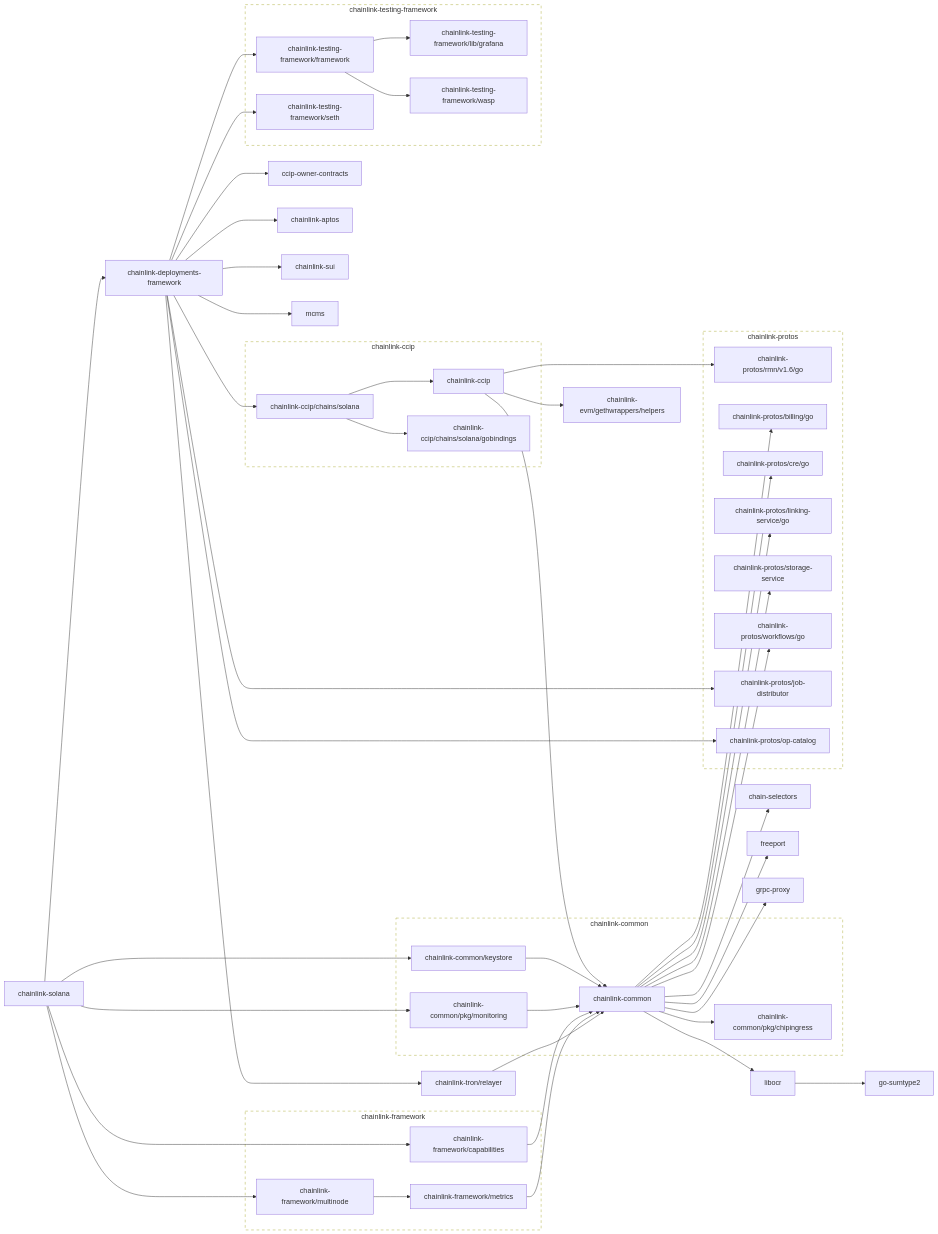
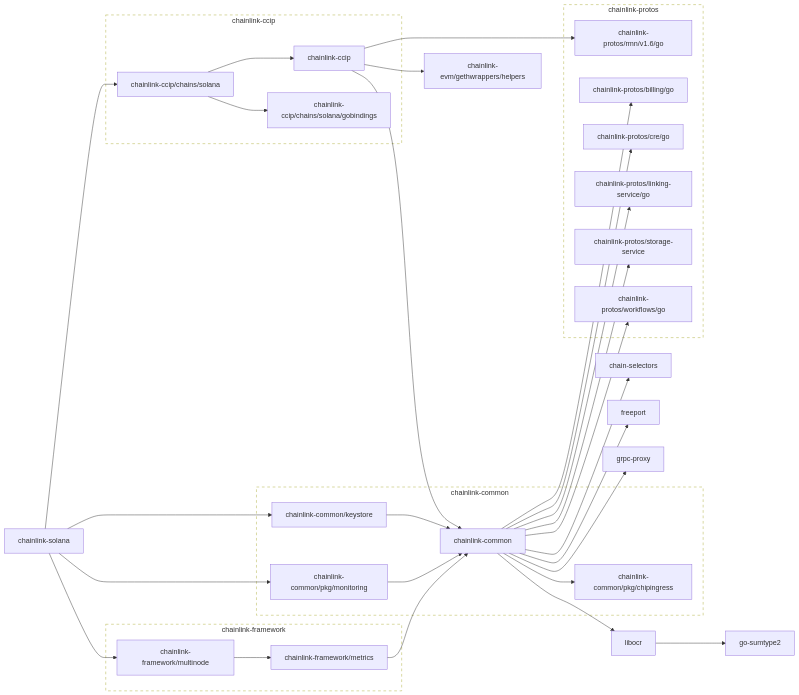
The first of 2 diagrams in go.md (smartcontractkit/chainlink-solana), drawn with Mermaid before and after one commit. The commit also changed other lines of this file and 5 other files, not shown here.

````diff
--- a/go.md
+++ b/go.md
@@ -3,12 +3,8 @@
 ```mermaid
 flowchart LR
 
-	ccip-owner-contracts
-	click ccip-owner-contracts href "https://github.com/smartcontractkit/ccip-owner-contracts"
 	chain-selectors
 	click chain-selectors href "https://github.com/smartcontractkit/chain-selectors"
-	chainlink-aptos
-	click chainlink-aptos href "https://github.com/smartcontractkit/chainlink-aptos"
 	chainlink-ccip --> chainlink-common
 	chainlink-ccip --> chainlink-evm/gethwrappers/helpers
 	chainlink-ccip --> chainlink-protos/rmn/v1.6/go
@@ -35,21 +31,8 @@
 	click chainlink-common/pkg/chipingress href "https://github.com/smartcontractkit/chainlink-common"
 	chainlink-common/pkg/monitoring --> chainlink-common
 	click chainlink-common/pkg/monitoring href "https://github.com/smartcontractkit/chainlink-common"
-	chainlink-deployments-framework --> ccip-owner-contracts
-	chainlink-deployments-framework --> chainlink-aptos
-	chainlink-deployments-framework --> chainlink-ccip/chains/solana
-	chainlink-deployments-framework --> chainlink-protos/job-distributor
-	chainlink-deployments-framework --> chainlink-protos/op-catalog
-	chainlink-deployments-framework --> chainlink-sui
-	chainlink-deployments-framework --> chainlink-testing-framework/framework
-	chainlink-deployments-framework --> chainlink-testing-framework/seth
-	chainlink-deployments-framework --> chainlink-tron/relayer
-	chainlink-deployments-framework --> mcms
-	click chainlink-deployments-framework href "https://github.com/smartcontractkit/chainlink-deployments-framework"
 	chainlink-evm/gethwrappers/helpers
 	click chainlink-evm/gethwrappers/helpers href "https://github.com/smartcontractkit/chainlink-evm"
-	chainlink-framework/capabilities --> chainlink-common
-	click chainlink-framework/capabilities href "https://github.com/smartcontractkit/chainlink-framework"
 	chainlink-framework/metrics --> chainlink-common
 	click chainlink-framework/metrics href "https://github.com/smartcontractkit/chainlink-framework"
 	chainlink-framework/multinode --> chainlink-framework/metrics
@@ -58,37 +41,19 @@
 	click chainlink-protos/billing/go href "https://github.com/smartcontractkit/chainlink-protos"
 	chainlink-protos/cre/go
 	click chainlink-protos/cre/go href "https://github.com/smartcontractkit/chainlink-protos"
-	chainlink-protos/job-distributor
-	click chainlink-protos/job-distributor href "https://github.com/smartcontractkit/chainlink-protos"
 	chainlink-protos/linking-service/go
 	click chainlink-protos/linking-service/go href "https://github.com/smartcontractkit/chainlink-protos"
-	chainlink-protos/op-catalog
-	click chainlink-protos/op-catalog href "https://github.com/smartcontractkit/chainlink-protos"
 	chainlink-protos/rmn/v1.6/go
 	click chainlink-protos/rmn/v1.6/go href "https://github.com/smartcontractkit/chainlink-protos"
 	chainlink-protos/storage-service
 	click chainlink-protos/storage-service href "https://github.com/smartcontractkit/chainlink-protos"
 	chainlink-protos/workflows/go
 	click chainlink-protos/workflows/go href "https://github.com/smartcontractkit/chainlink-protos"
+	chainlink-solana --> chainlink-ccip/chains/solana
 	chainlink-solana --> chainlink-common/keystore
 	chainlink-solana --> chainlink-common/pkg/monitoring
-	chainlink-solana --> chainlink-deployments-framework
-	chainlink-solana --> chainlink-framework/capabilities
 	chainlink-solana --> chainlink-framework/multinode
 	click chainlink-solana href "https://github.com/smartcontractkit/chainlink-solana"
-	chainlink-sui
-	click chainlink-sui href "https://github.com/smartcontractkit/chainlink-sui"
-	chainlink-testing-framework/framework --> chainlink-testing-framework/lib/grafana
-	chainlink-testing-framework/framework --> chainlink-testing-framework/wasp
-	click chainlink-testing-framework/framework href "https://github.com/smartcontractkit/chainlink-testing-framework"
-	chainlink-testing-framework/lib/grafana
-	click chainlink-testing-framework/lib/grafana href "https://github.com/smartcontractkit/chainlink-testing-framework"
-	chainlink-testing-framework/seth
-	click chainlink-testing-framework/seth href "https://github.com/smartcontractkit/chainlink-testing-framework"
-	chainlink-testing-framework/wasp
-	click chainlink-testing-framework/wasp href "https://github.com/smartcontractkit/chainlink-testing-framework"
-	chainlink-tron/relayer --> chainlink-common
-	click chainlink-tron/relayer href "https://github.com/smartcontractkit/chainlink-tron"
 	freeport
 	click freeport href "https://github.com/smartcontractkit/freeport"
 	go-sumtype2
@@ -97,8 +62,6 @@
 	click grpc-proxy href "https://github.com/smartcontractkit/grpc-proxy"
 	libocr --> go-sumtype2
 	click libocr href "https://github.com/smartcontractkit/libocr"
-	mcms
-	click mcms href "https://github.com/smartcontractkit/mcms"
 
 	subgraph chainlink-ccip-repo[chainlink-ccip]
 		 chainlink-ccip
@@ -116,7 +79,6 @@
 	click chainlink-common-repo href "https://github.com/smartcontractkit/chainlink-common"
 
 	subgraph chainlink-framework-repo[chainlink-framework]
-		 chainlink-framework/capabilities
 		 chainlink-framework/metrics
 		 chainlink-framework/multinode
 	end
@@ -125,23 +87,13 @@
 	subgraph chainlink-protos-repo[chainlink-protos]
 		 chainlink-protos/billing/go
 		 chainlink-protos/cre/go
-		 chainlink-protos/job-distributor
 		 chainlink-protos/linking-service/go
-		 chainlink-protos/op-catalog
 		 chainlink-protos/rmn/v1.6/go
 		 chainlink-protos/storage-service
 		 chainlink-protos/workflows/go
 	end
 	click chainlink-protos-repo href "https://github.com/smartcontractkit/chainlink-protos"
 
-	subgraph chainlink-testing-framework-repo[chainlink-testing-framework]
-		 chainlink-testing-framework/framework
-		 chainlink-testing-framework/lib/grafana
-		 chainlink-testing-framework/seth
-		 chainlink-testing-framework/wasp
-	end
-	click chainlink-testing-framework-repo href "https://github.com/smartcontractkit/chainlink-testing-framework"
-
 	classDef outline stroke-dasharray:6,fill:none;
-	class chainlink-ccip-repo,chainlink-common-repo,chainlink-framework-repo,chainlink-protos-repo,chainlink-testing-framework-repo outline
+	class chainlink-ccip-repo,chainlink-common-repo,chainlink-framework-repo,chainlink-protos-repo outline
 ```
````
